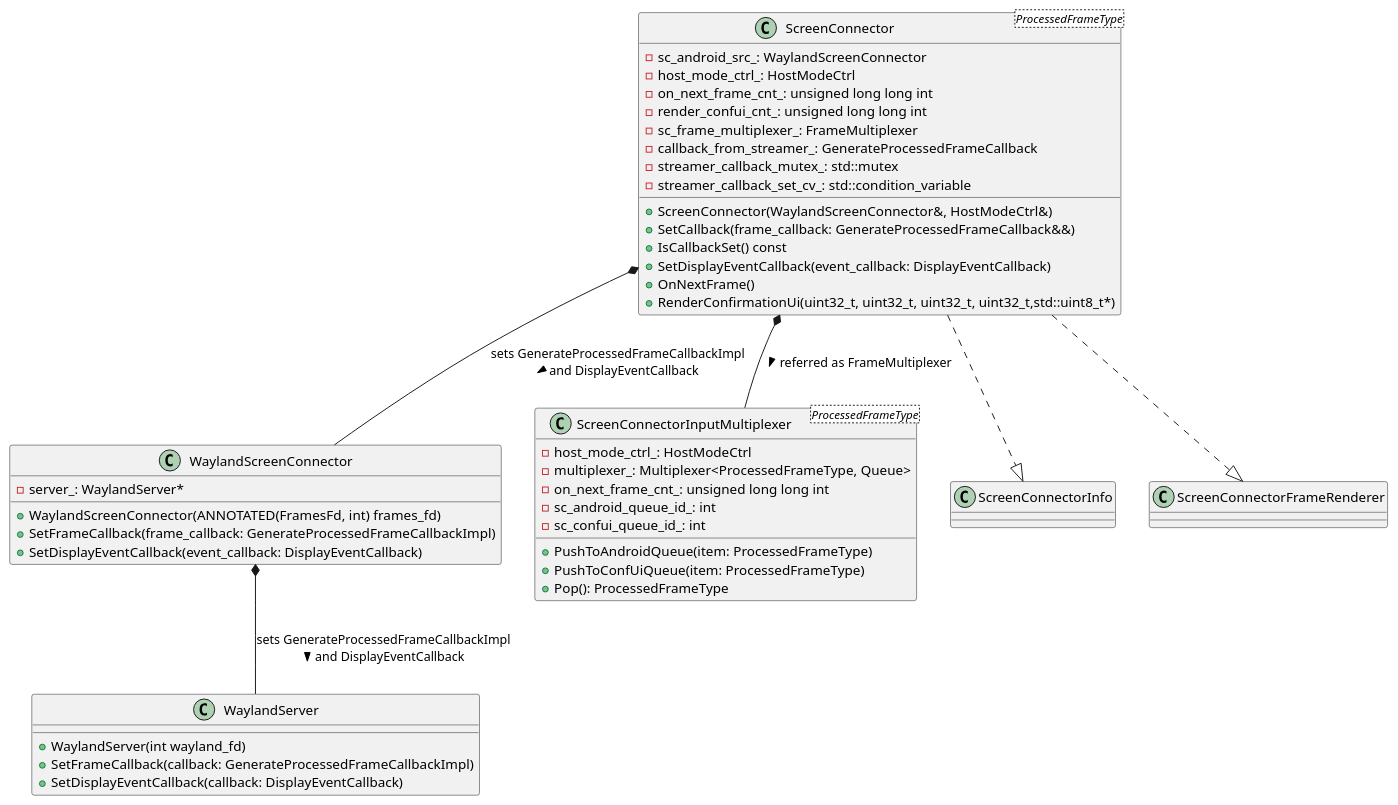
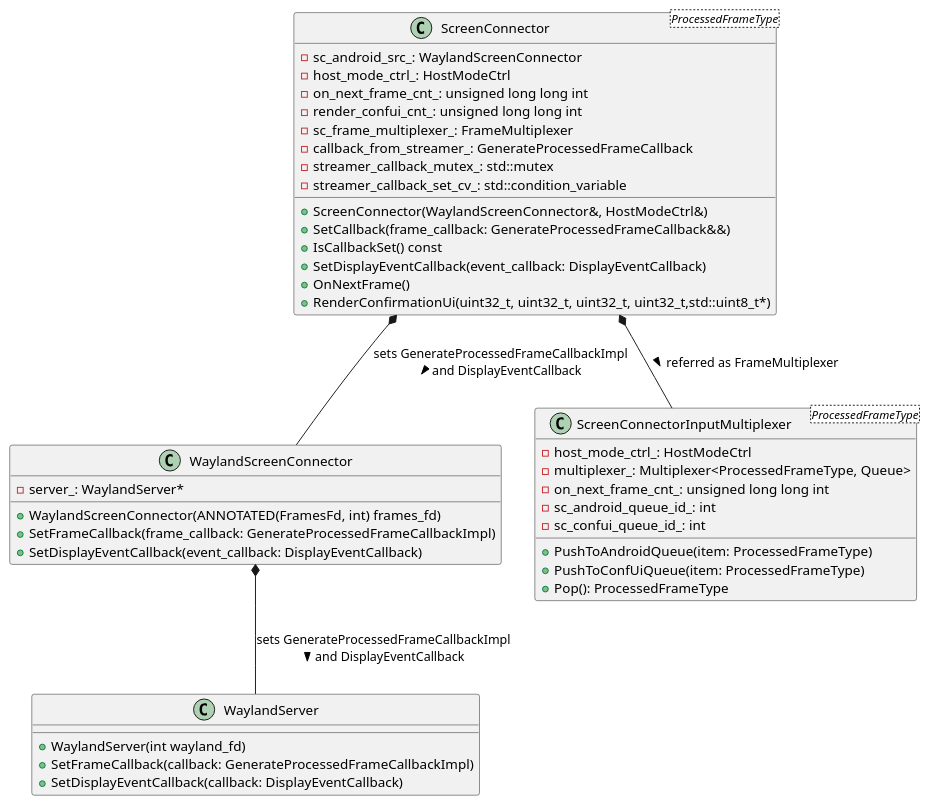
One commit to dmitvitalii/cf_diagrams changed the diagram in screen_connector_diagram.puml. Above: the diagram before and after it, drawn with PlantUML. The commit also changed 1 other file, not shown here.

Commit message:
Move *Info and *FrameRenderer relations to a separate diagram

```diff
--- a/screen_connector_diagram.puml
+++ b/screen_connector_diagram.puml
@@ -1,53 +1,49 @@
 @startuml
 
 class WaylandScreenConnector {
   -server_: WaylandServer*
   +WaylandScreenConnector(ANNOTATED(FramesFd, int) frames_fd)
   +SetFrameCallback(frame_callback: GenerateProcessedFrameCallbackImpl)
   +SetDisplayEventCallback(event_callback: DisplayEventCallback)
 }
 
 class WaylandServer {
   +WaylandServer(int wayland_fd)
   +SetFrameCallback(callback: GenerateProcessedFrameCallbackImpl)
   +SetDisplayEventCallback(callback: DisplayEventCallback)
 }
 
 class ScreenConnector<ProcessedFrameType> {
   -sc_android_src_: WaylandScreenConnector
   -host_mode_ctrl_: HostModeCtrl
   -on_next_frame_cnt_: unsigned long long int
   -render_confui_cnt_: unsigned long long int
   -sc_frame_multiplexer_: FrameMultiplexer
   -callback_from_streamer_: GenerateProcessedFrameCallback
   -streamer_callback_mutex_: std::mutex
   -streamer_callback_set_cv_: std::condition_variable
   +ScreenConnector(WaylandScreenConnector&, HostModeCtrl&)
   +SetCallback(frame_callback: GenerateProcessedFrameCallback&&)
   +IsCallbackSet() const
   +SetDisplayEventCallback(event_callback: DisplayEventCallback)
   +OnNextFrame()
   +RenderConfirmationUi(uint32_t, uint32_t, uint32_t, uint32_t,std::uint8_t*)
 }
 
 class ScreenConnectorInputMultiplexer<ProcessedFrameType> {
   - host_mode_ctrl_: HostModeCtrl
   - multiplexer_: Multiplexer<ProcessedFrameType, Queue>
   - on_next_frame_cnt_: unsigned long long int
   - sc_android_queue_id_: int
   - sc_confui_queue_id_: int
   + PushToAndroidQueue(item: ProcessedFrameType)
   + PushToConfUiQueue(item: ProcessedFrameType)
   + Pop(): ProcessedFrameType
 }
 
-
-ScreenConnector ..|> ScreenConnectorInfo
-ScreenConnector ..|> ScreenConnectorFrameRenderer
-
 ScreenConnector *-- ScreenConnectorInputMultiplexer : referred as FrameMultiplexer >
 
 ScreenConnector *-- WaylandScreenConnector : sets GenerateProcessedFrameCallbackImpl\nand DisplayEventCallback >
 WaylandScreenConnector *-- WaylandServer : sets GenerateProcessedFrameCallbackImpl\nand DisplayEventCallback >
 
 @enduml
```
